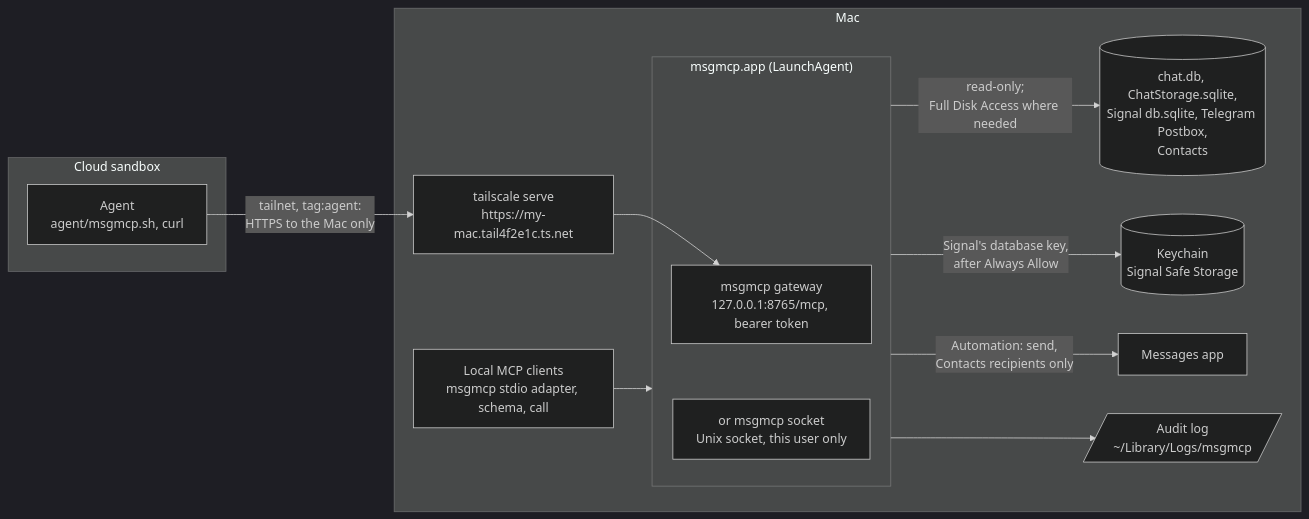
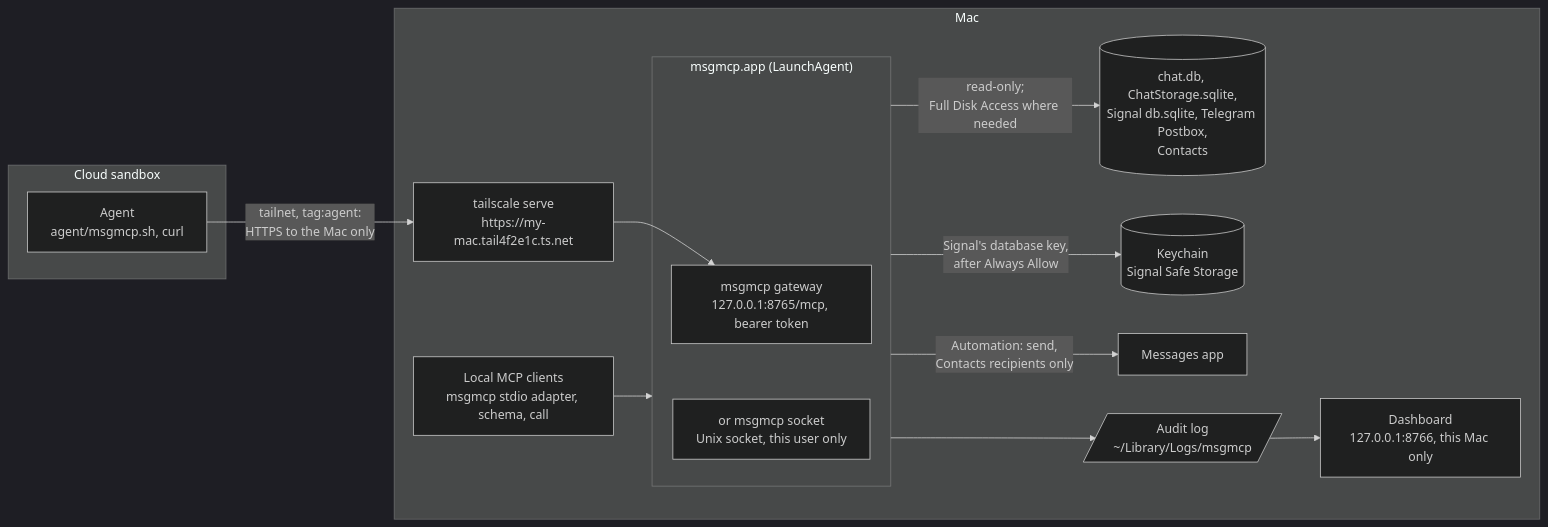
One commit to akurilin/msgmcp changed the diagram in README.md. Above: the diagram before and after it, drawn with Mermaid (dark theme). The commit also changed other lines of this file and 9 other files, not shown here.

First line of the commit message:
Add a local dashboard of the service's setup and audit log

````diff
--- a/README.md
+++ b/README.md
@@ -36,25 +36,27 @@
 ```mermaid
 flowchart LR
   subgraph cloud["Cloud sandbox"]
     agent["Agent<br/>agent/msgmcp.sh, curl"]
   end
   subgraph mac["Mac"]
     serve["tailscale serve<br/>https://my-mac.tail4f2e1c.ts.net"]
     local["Local MCP clients<br/>msgmcp stdio adapter, schema, call"]
     subgraph app["msgmcp.app (LaunchAgent)"]
       gateway["msgmcp gateway<br/>127.0.0.1:8765/mcp, bearer token"]
       socket["or msgmcp socket<br/>Unix socket, this user only"]
     end
     stores[("chat.db, ChatStorage.sqlite,<br/>Signal db.sqlite, Telegram Postbox,<br/>Contacts")]
     keychain[("Keychain<br/>Signal Safe Storage")]
     messages["Messages app"]
     audit[/"Audit log<br/>~/Library/Logs/msgmcp"/]
+    dashboard["Dashboard<br/>127.0.0.1:8766, this Mac only"]
   end
   agent -- "tailnet, tag:agent:<br/>HTTPS to the Mac only" --> serve
   serve --> gateway
   local --> app
   app -- "read-only;<br/>Full Disk Access where needed" --> stores
   app -- "Signal's database key,<br/>after Always Allow" --> keychain
   app -- "Automation: send,<br/>Contacts recipients only" --> messages
   app --> audit
+  audit --> dashboard
 ```
````
